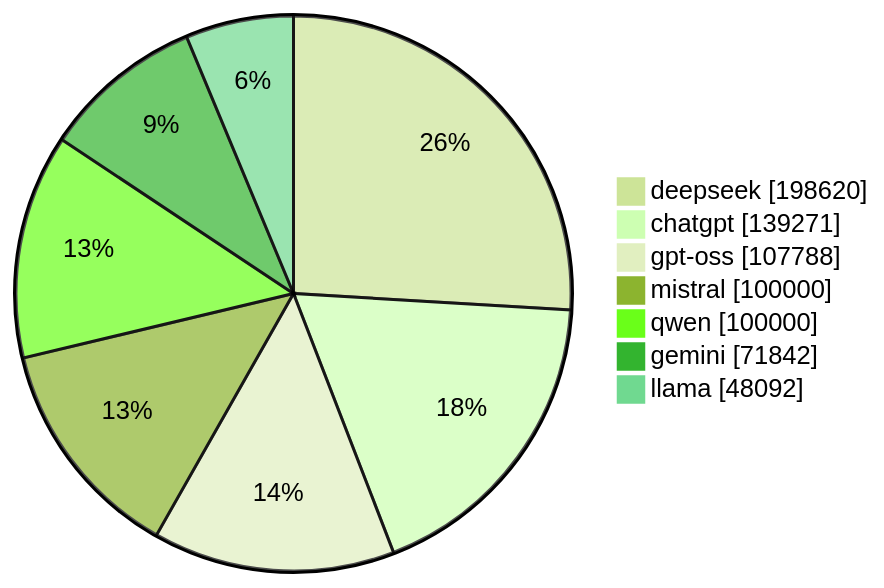
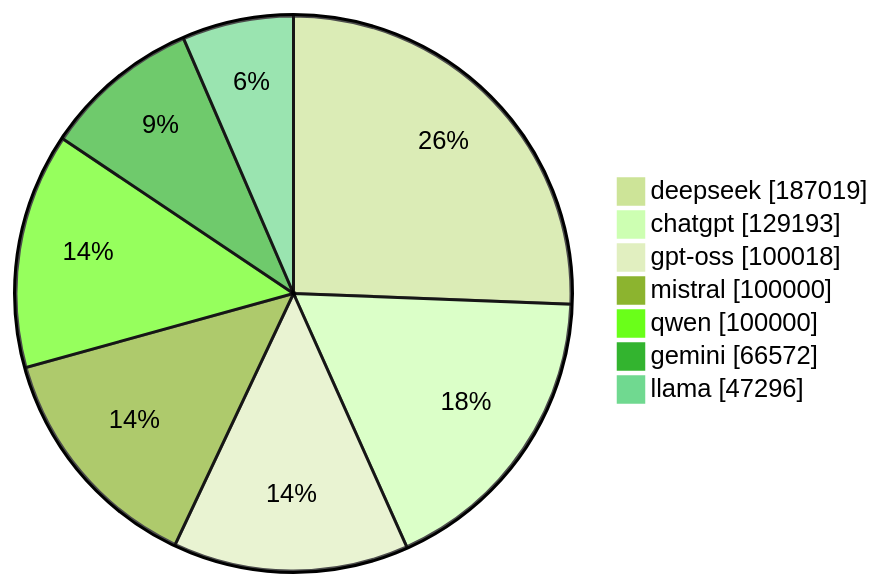
The diagram in README.md (gqgs/llm100kbench), drawn with Mermaid (forest theme) before and after one commit. The commit also changed other lines of this file and 17 other files, not shown here.

````diff
--- a/README.md
+++ b/README.md
@@ -50,10 +50,10 @@
 ```mermaid
 pie showData
-    "deepseek" : 198620
-    "chatgpt" : 139271
-    "gpt-oss" : 107788
+    "deepseek" : 187019
+    "chatgpt" : 129193
+    "gpt-oss" : 100018
     "mistral" : 100000
     "qwen" : 100000
-    "gemini" : 71842
-    "llama" : 48092
+    "gemini" : 66572
+    "llama" : 47296
 ```
````
